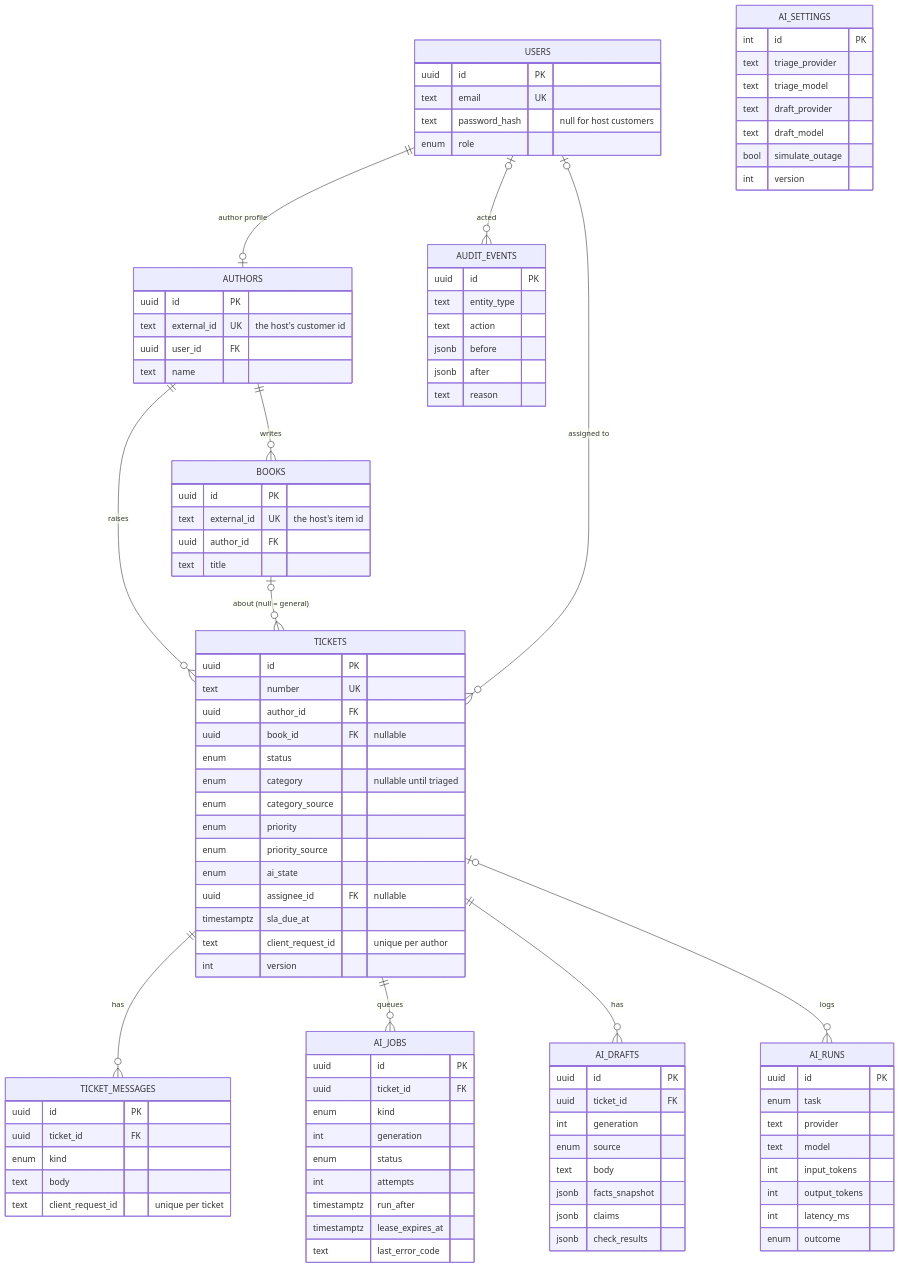
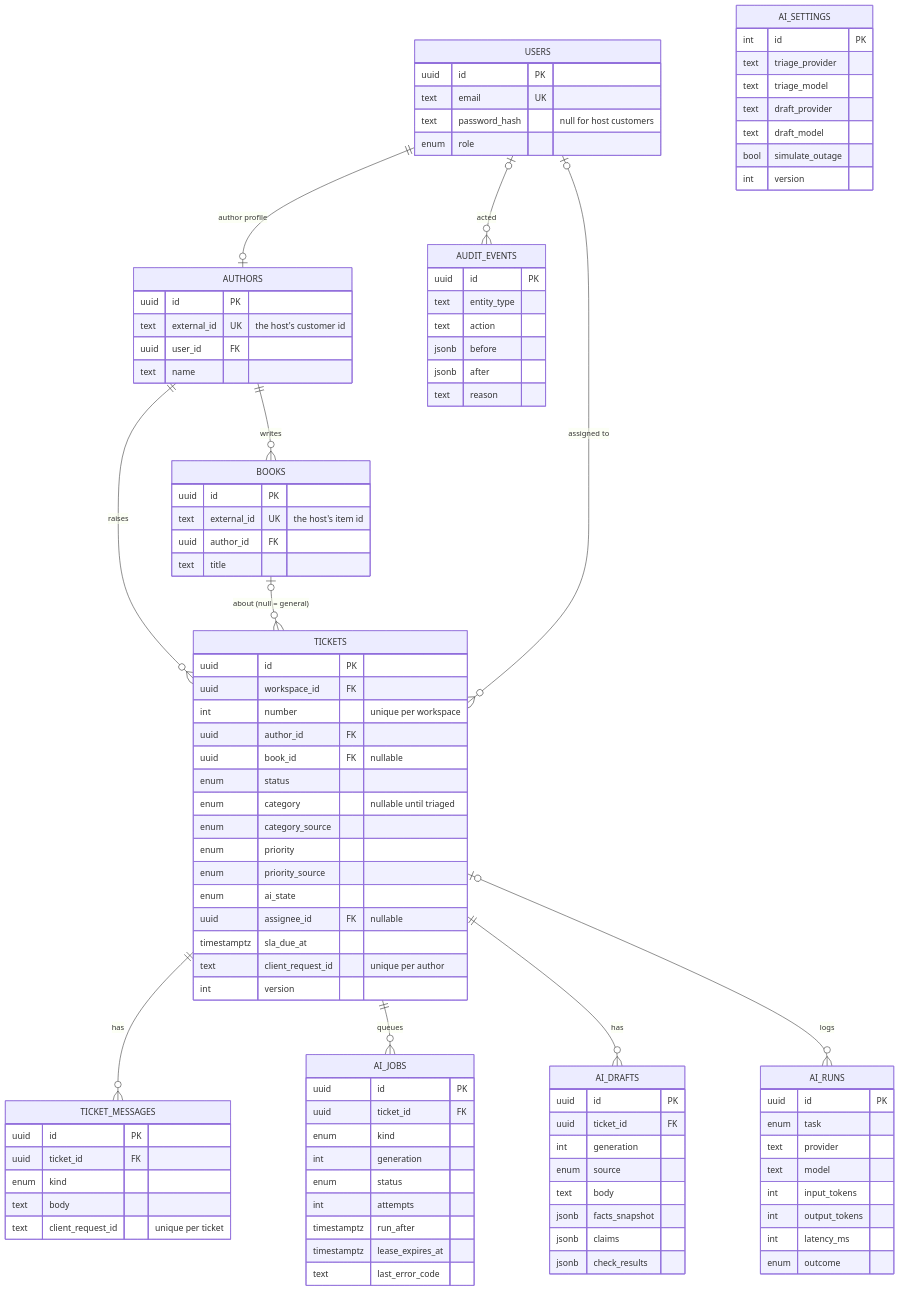
One commit to akshykmratloop/bookLeaf_support_system changed the ninth of 14 diagrams in docs/architecture.md. Above: the diagram before and after it, drawn with Mermaid. The commit also changed other lines of this file and 35 other files, not shown here.

```diff
--- a/docs/architecture.md
+++ b/docs/architecture.md
@@ -286,7 +286,8 @@
     }
     TICKETS {
         uuid id PK
-        text number UK
+        uuid workspace_id FK
+        int number "unique per workspace"
         uuid author_id FK
         uuid book_id FK "nullable"
         enum status
```
